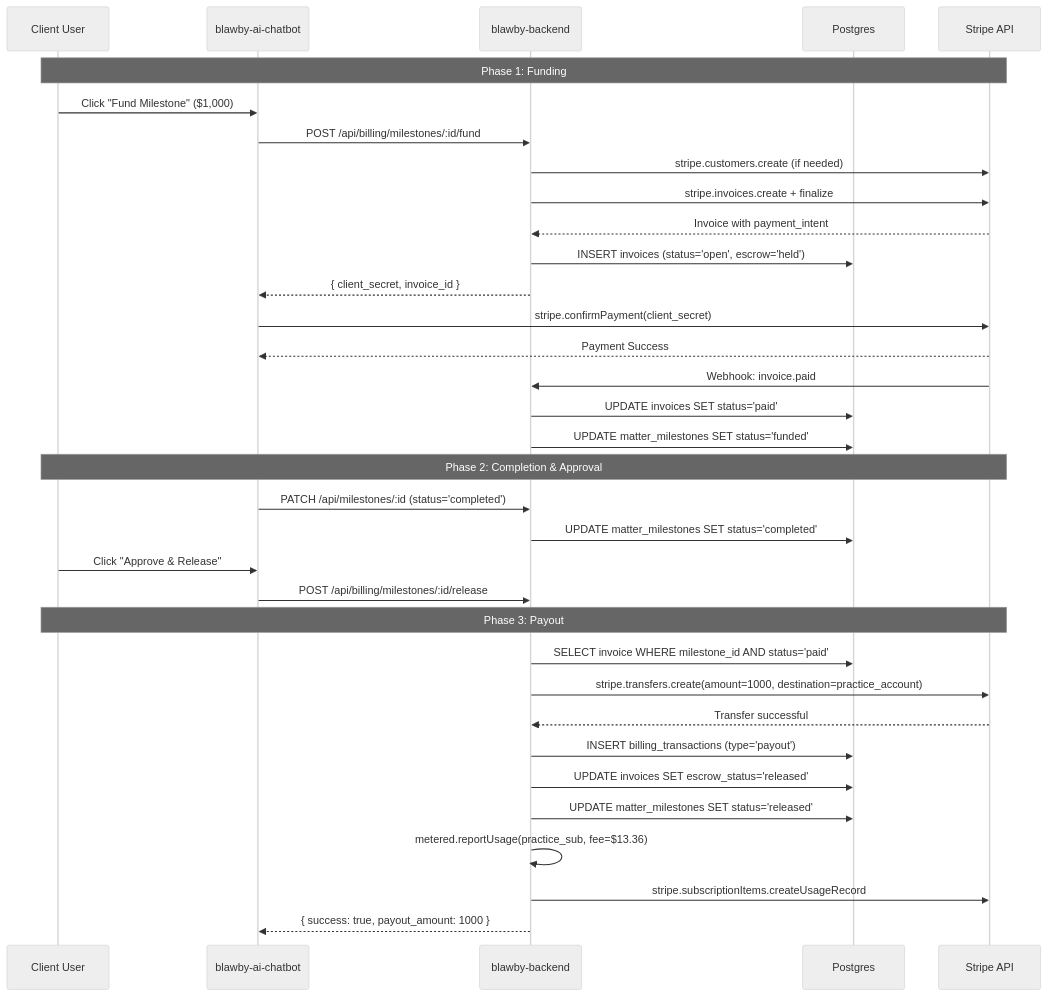
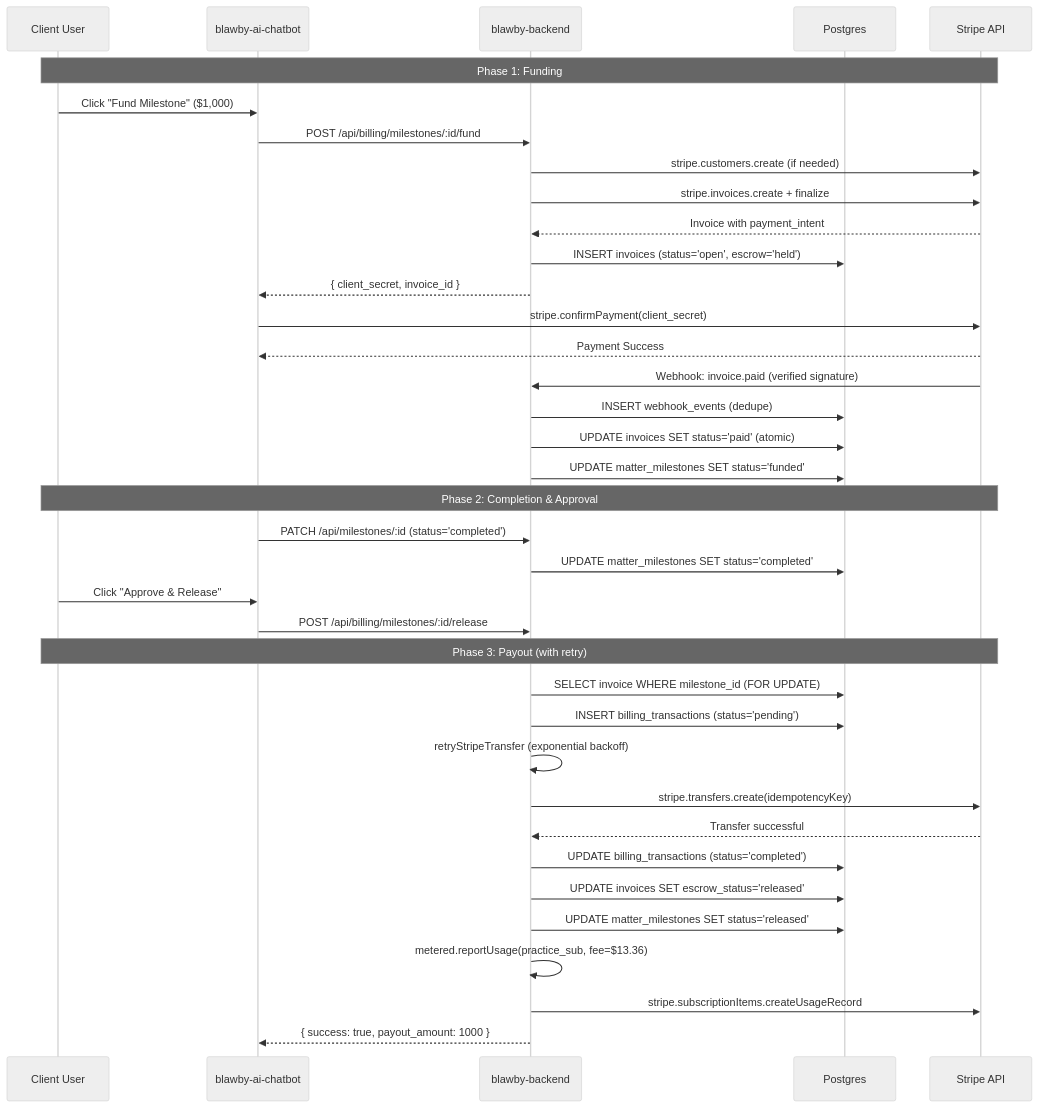
One commit to Blawby/blawby-ai-chatbot changed the first of 2 diagrams in BILLING_PLAN.md. Above: the diagram before and after it, drawn with Mermaid (neutral theme). The commit also changed other lines of this file, not shown here.

Commit message:
billing plan with robust

````diff
--- a/BILLING_PLAN.md
+++ b/BILLING_PLAN.md
@@ -48,39 +70,42 @@
 ```mermaid
 sequenceDiagram
     participant Client as Client User
     participant Frontend as blawby-ai-chatbot
     participant Backend as blawby-backend
     participant DB as Postgres
     participant Stripe as Stripe API
 
     Note over Client,Stripe: Phase 1: Funding
     Client->>Frontend: Click "Fund Milestone" ($1,000)
     Frontend->>Backend: POST /api/billing/milestones/:id/fund
     Backend->>Stripe: stripe.customers.create (if needed)
     Backend->>Stripe: stripe.invoices.create + finalize
     Stripe-->>Backend: Invoice with payment_intent
     Backend->>DB: INSERT invoices (status='open', escrow='held')
     Backend-->>Frontend: { client_secret, invoice_id }
     Frontend->>Stripe: stripe.confirmPayment(client_secret)
     Stripe-->>Frontend: Payment Success
-    Stripe->>Backend: Webhook: invoice.paid
-    Backend->>DB: UPDATE invoices SET status='paid'
+    Stripe->>Backend: Webhook: invoice.paid (verified signature)
+    Backend->>DB: INSERT webhook_events (dedupe)
+    Backend->>DB: UPDATE invoices SET status='paid' (atomic)
     Backend->>DB: UPDATE matter_milestones SET status='funded'
 
     Note over Client,Stripe: Phase 2: Completion & Approval
     Frontend->>Backend: PATCH /api/milestones/:id (status='completed')
     Backend->>DB: UPDATE matter_milestones SET status='completed'
     Client->>Frontend: Click "Approve & Release"
     Frontend->>Backend: POST /api/billing/milestones/:id/release
 
-    Note over Client,Stripe: Phase 3: Payout
-    Backend->>DB: SELECT invoice WHERE milestone_id AND status='paid'
-    Backend->>Stripe: stripe.transfers.create(amount=1000, destination=practice_account)
+    Note over Client,Stripe: Phase 3: Payout (with retry)
+    Backend->>DB: SELECT invoice WHERE milestone_id (FOR UPDATE)
+    Backend->>DB: INSERT billing_transactions (status='pending')
+    Backend->>Backend: retryStripeTransfer (exponential backoff)
+    Backend->>Stripe: stripe.transfers.create(idempotencyKey)
     Stripe-->>Backend: Transfer successful
-    Backend->>DB: INSERT billing_transactions (type='payout')
+    Backend->>DB: UPDATE billing_transactions (status='completed')
     Backend->>DB: UPDATE invoices SET escrow_status='released'
     Backend->>DB: UPDATE matter_milestones SET status='released'
     Backend->>Backend: metered.reportUsage(practice_sub, fee=$13.36)
     Backend->>Stripe: stripe.subscriptionItems.createUsageRecord
     Backend-->>Frontend: { success: true, payout_amount: 1000 }
 ```
````
